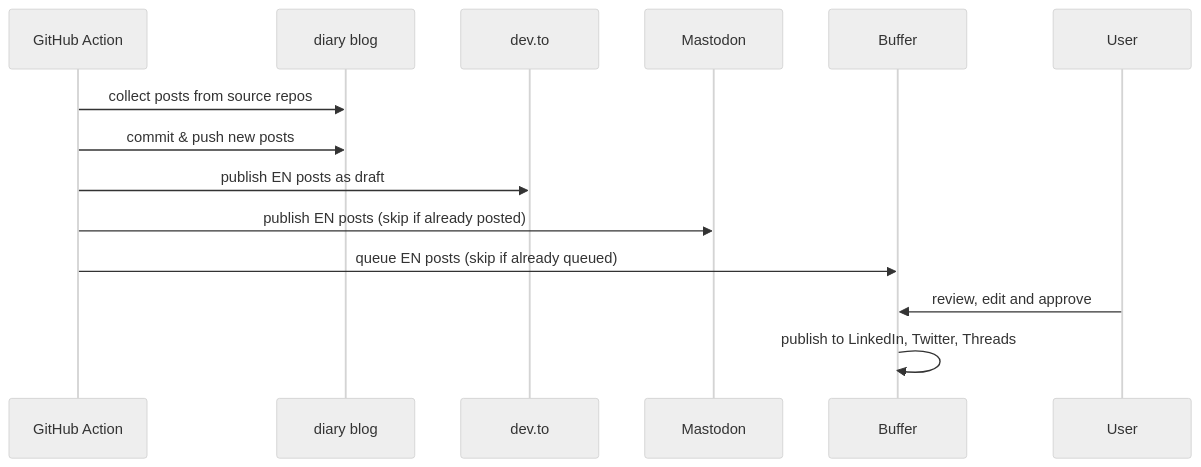
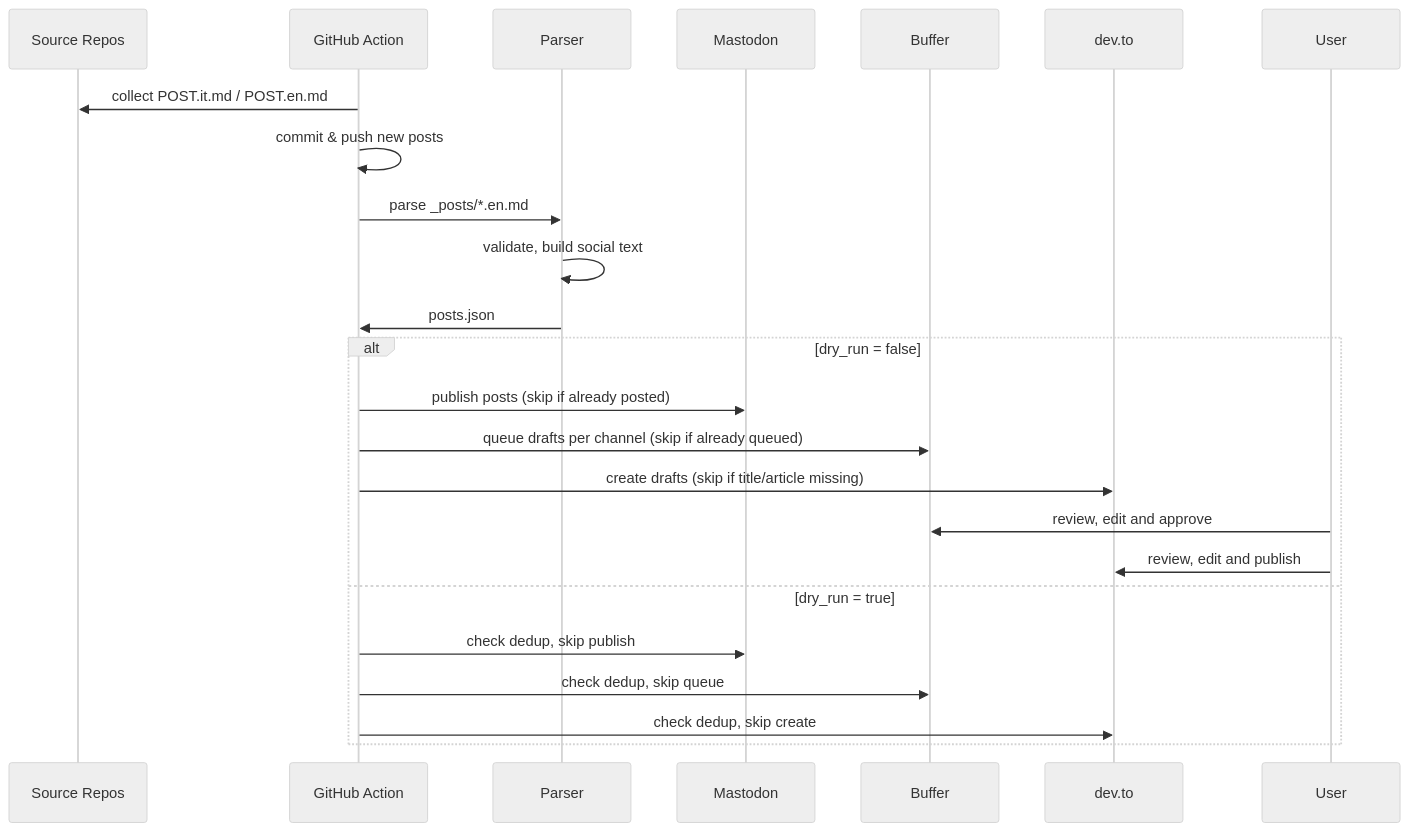
Before and after one commit to bilardi/diary: the diagram in img/sequenceDiagram.1.mermaid, drawn with Mermaid (neutral theme). The commit also changed 3 other files, not shown here.

Commit message:
docs: align img diagrams to github-actions-publish flow (posts.json, dry_run)

```diff
--- a/img/sequenceDiagram.1.mermaid
+++ b/img/sequenceDiagram.1.mermaid
@@ -1,15 +1,25 @@
 sequenceDiagram
+    participant S as Source Repos
     participant GH as GitHub Action
-    participant Blog as diary blog
-    participant DT as dev.to
+    participant P as Parser
     participant M as Mastodon
     participant B as Buffer
+    participant DT as dev.to
     participant U as User
 
-    GH->>Blog: collect posts from source repos
-    GH->>Blog: commit & push new posts
-    GH->>DT: publish EN posts as draft
-    GH->>M: publish EN posts (skip if already posted)
-    GH->>B: queue EN posts (skip if already queued)
-    U->>B: review, edit and approve
-    B->>B: publish to LinkedIn, Twitter, Threads
+    GH->>S: collect POST.it.md / POST.en.md
+    GH->>GH: commit & push new posts
+    GH->>P: parse _posts/*.en.md
+    P->>P: validate, build social text
+    P->>GH: posts.json
+    alt dry_run = false
+        GH->>M: publish posts (skip if already posted)
+        GH->>B: queue drafts per channel (skip if already queued)
+        GH->>DT: create drafts (skip if title/article missing)
+        U->>B: review, edit and approve
+        U->>DT: review, edit and publish
+    else dry_run = true
+        GH->>M: check dedup, skip publish
+        GH->>B: check dedup, skip queue
+        GH->>DT: check dedup, skip create
+    end
```
